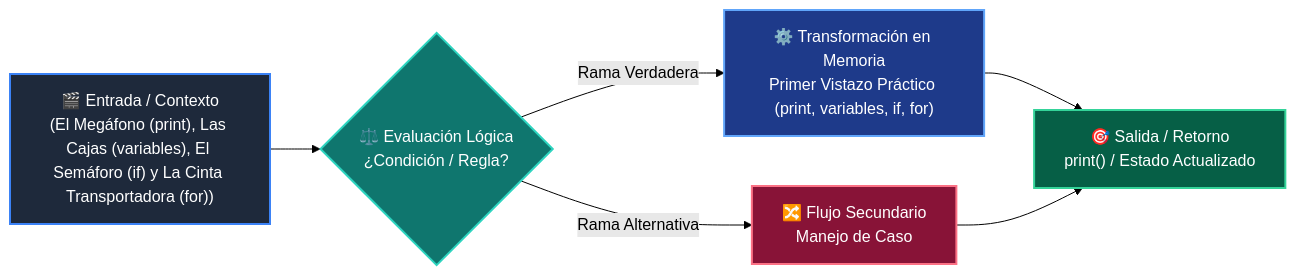
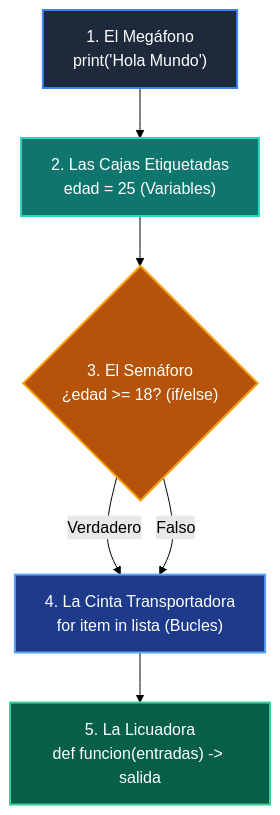
Before and after one commit to wisrovi/wisrovi-python: the diagram in 01-fundamentos-python/clase-01-panorama-general/README.md, drawn with Mermaid (forest theme). The commit also changed other lines of this file and 271 other files, not shown here.

Commit message:
docs: rewrite all README.md files with bespoke topic-specific Mermaid diagrams and remove repetitive boilerplate

````diff
--- a/01-fundamentos-python/clase-01-panorama-general/README.md
+++ b/01-fundamentos-python/clase-01-panorama-general/README.md
@@ -35,14 +12,14 @@
 ```mermaid
-flowchart LR
-    A["🎬 Entrada / Contexto<br/>(El Megáfono (print), Las Cajas (variables), El Semáforo (if) y La Cinta Transportadora (for))"] --> B{"⚖️ Evaluación Lógica<br/>¿Condición / Regla?"}
-    B -->|Rama Verdadera| C["⚙️ Transformación en Memoria<br/>Primer Vistazo Práctico (print, variables, if, for)"]
-    B -->|Rama Alternativa| D["🔀 Flujo Secundario<br/>Manejo de Caso"]
-    C --> E["🎯 Salida / Retorno<br/>print() / Estado Actualizado"]
-    D --> E
+flowchart TD
+    P1["1. El Megáfono<br/>print('Hola Mundo')"] --> P2["2. Las Cajas Etiquetadas<br/>edad = 25 (Variables)"]
+    P2 --> P3{"3. El Semáforo<br/>¿edad >= 18? (if/else)"}
+    P3 -->|Verdadero| P4["4. La Cinta Transportadora<br/>for item in lista (Bucles)"]
+    P3 -->|Falso| P4
+    P4 --> P5["5. La Licuadora<br/>def funcion(entradas) -> salida"]
 
-    style A fill:#1e293b,color:#ffffff,stroke:#3b82f6,stroke-width:2px
-    style B fill:#0f766e,color:#ffffff,stroke:#2dd4bf,stroke-width:2px
-    style C fill:#1e3a8a,color:#ffffff,stroke:#60a5fa,stroke-width:2px
-    style D fill:#881337,color:#ffffff,stroke:#fb7185,stroke-width:2px
-    style E fill:#065f46,color:#ffffff,stroke:#34d399,stroke-width:2px
+    style P1 fill:#1e293b,color:#fff,stroke:#3b82f6,stroke-width:2px
+    style P2 fill:#0f766e,color:#fff,stroke:#2dd4bf,stroke-width:2px
+    style P3 fill:#b45309,color:#fff,stroke:#f59e0b,stroke-width:2px
+    style P4 fill:#1e3a8a,color:#fff,stroke:#60a5fa,stroke-width:2px
+    style P5 fill:#065f46,color:#fff,stroke:#34d399,stroke-width:2px
 ```
````
